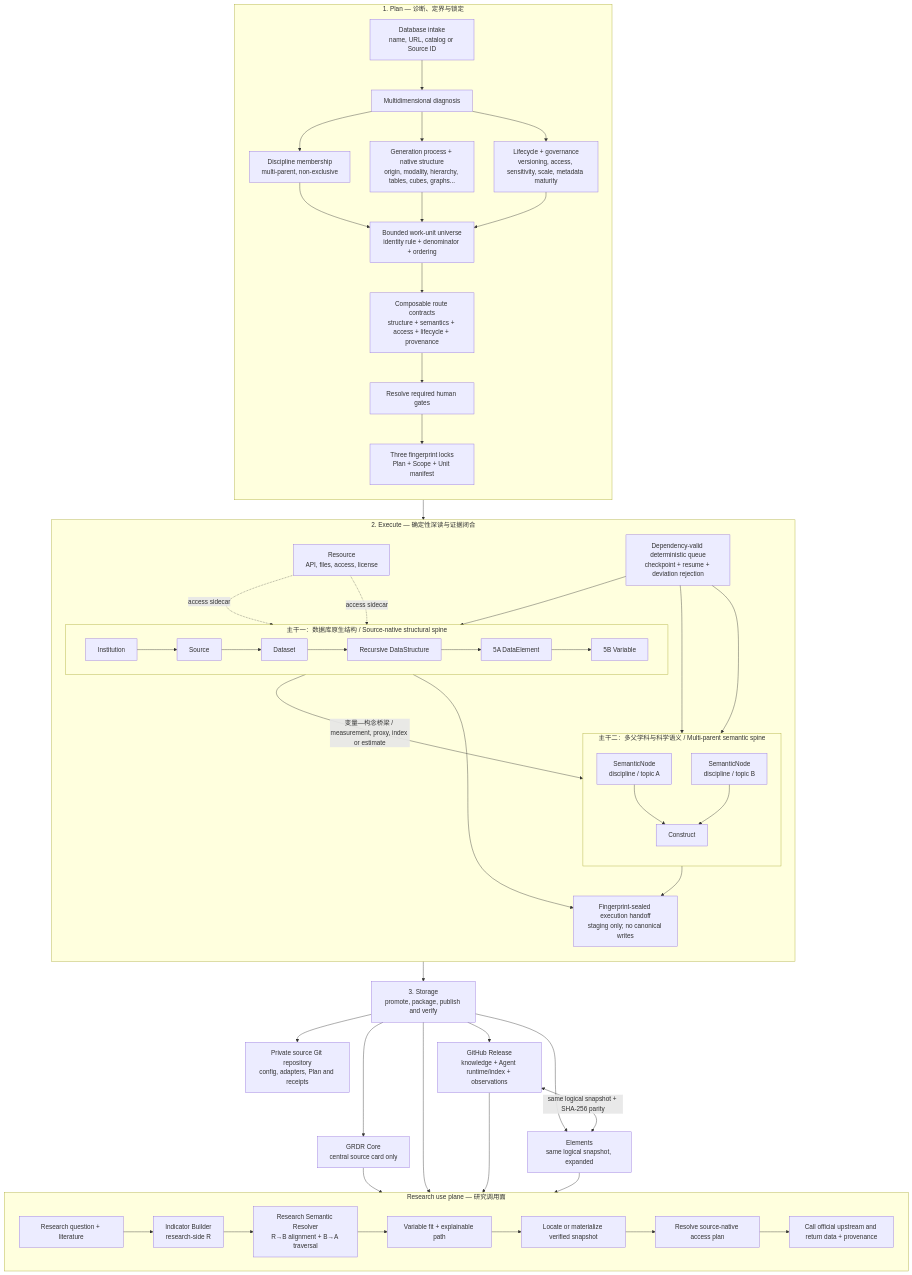
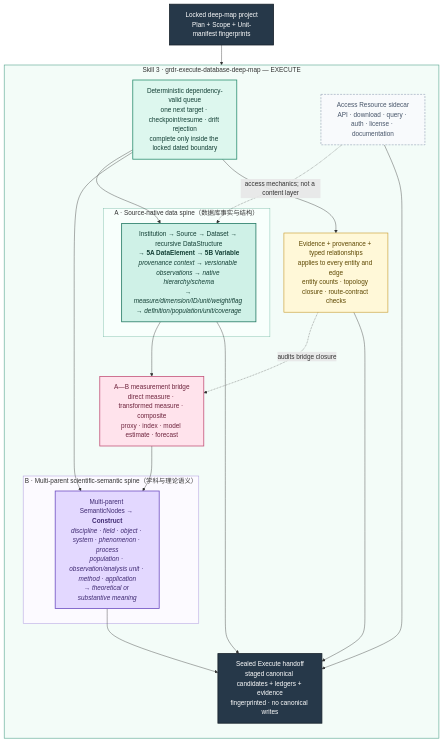
The third of 5 diagrams in README.md (yangyuezh/grdr-core-version-archive), drawn with Mermaid before and after one commit. The commit also changed other lines of this file, not shown here.

Commit message:
docs: complete and clarify GRDR architecture diagrams

````diff
--- a/README.md
+++ b/README.md
@@ -23,60 +117,46 @@
 ```mermaid
 flowchart TB
-    subgraph PLAN["1. Plan — 诊断、定界与锁定"]
-        direction TB
-        INTAKE["Database intake<br/>name, URL, catalog or Source ID"] --> DIAG["Multidimensional diagnosis"]
-        DIAG --> DISC["Discipline membership<br/>multi-parent, non-exclusive"]
-        DIAG --> SHAPE["Generation process + native structure<br/>origin, modality, hierarchy, tables, cubes, graphs..."]
-        DIAG --> GOVERN["Lifecycle + governance<br/>versioning, access, sensitivity, scale, metadata maturity"]
-        DISC --> BOUND["Bounded work-unit universe<br/>identity rule + denominator + ordering"]
-        SHAPE --> BOUND
-        GOVERN --> BOUND
-        BOUND --> ROUTES["Composable route contracts<br/>structure + semantics + access + lifecycle + provenance"]
-        ROUTES --> GATES["Resolve required human gates"]
-        GATES --> LOCKS["Three fingerprint locks<br/>Plan + Scope + Unit manifest"]
-    end
+        LOCKED["Locked deep-map project<br/>Plan + Scope + Unit-manifest fingerprints"]:::handoff
 
-    subgraph EXECUTE["2. Execute — 确定性深读与证据闭合"]
-        direction TB
-        QUEUE["Dependency-valid deterministic queue<br/>checkpoint + resume + deviation rejection"]
+        subgraph EXECUTE["Skill 3 · grdr-execute-database-deep-map — EXECUTE"]
+            direction TB
+            E_QUEUE["Deterministic dependency-valid queue<br/>one next target · checkpoint/resume · drift rejection<br/>complete only inside the locked dated boundary"]:::executeStrong
+            E_EVID["Evidence + provenance + typed relationships<br/>applies to every entity and edge<br/>entity counts · topology closure · route-contract checks"]:::evidence
 
-        subgraph STRUCT["主干一：数据库原生结构 / Source-native structural spine"]
-            direction LR
-            INST["Institution"] --> SRC["Source"] --> DATASET["Dataset"] --> DSTRUCT["Recursive DataStructure"] --> ELEMENT["5A DataElement"] --> VARIABLE["5B Variable"]
+            subgraph A_SPINE["A · Source-native data spine（数据库事实与结构）"]
+                A_CHAIN["Institution → Source → Dataset → recursive DataStructure<br/>→ <b>5A DataElement</b> → <b>5B Variable</b><br/><i>provenance context → versionable observations → native hierarchy/schema<br/>→ measure/dimension/ID/unit/weight/flag → definition/population/unit/coverage</i>"]:::aStrong
+            end
+
+            subgraph B_SPINE["B · Multi-parent scientific-semantic spine（学科与理论语义）"]
+                B_CHAIN["Multi-parent SemanticNodes → <b>Construct</b><br/><i>discipline · field · object · system · phenomenon · process<br/>population · observation/analysis unit · method · application<br/>→ theoretical or substantive meaning</i>"]:::bStrong
+            end
+
+            BRIDGE["A—B measurement bridge<br/>direct measure · transformed measure · composite<br/>proxy · index · model estimate · forecast"]:::bridge
+            RESOURCE["Access Resource sidecar<br/>API · download · query · auth · license · documentation"]:::sidecar
+            E_SEAL["Sealed Execute handoff<br/>staged canonical candidates + ledgers + evidence<br/>fingerprinted · no canonical writes"]:::handoff
+
+            E_QUEUE --> A_CHAIN
+            E_QUEUE --> B_CHAIN
+            E_QUEUE --> E_EVID
+            A_CHAIN --> BRIDGE --> B_CHAIN
+            RESOURCE -. "access mechanics; not a content layer" .-> A_CHAIN
+            E_EVID -. "audits bridge closure" .-> BRIDGE
+            A_CHAIN --> E_SEAL
+            B_CHAIN --> E_SEAL
+            RESOURCE --> E_SEAL
+            E_EVID --> E_SEAL
         end
 
-        subgraph SEMANTIC["主干二：多父学科与科学语义 / Multi-parent semantic spine"]
-            direction TB
-            SEM_A["SemanticNode<br/>discipline / topic A"] --> CONSTRUCT["Construct"]
-            SEM_B["SemanticNode<br/>discipline / topic B"] --> CONSTRUCT
-        end
+        LOCKED --> E_QUEUE
 
-        RESOURCE["Resource<br/>API, files, access, license"] -. "access sidecar" .-> SRC
-        RESOURCE -. "access sidecar" .-> DSTRUCT
-
-        QUEUE --> INST
-        QUEUE --> SEM_A
-        QUEUE --> SEM_B
-        VARIABLE -->|"变量—构念桥梁 / measurement, proxy, index or estimate"| CONSTRUCT
-        VARIABLE --> SEALED["Fingerprint-sealed execution handoff<br/>staging only; no canonical writes"]
-        CONSTRUCT --> SEALED
-    end
-
-    LOCKS --> QUEUE
-    SEALED --> STORE["3. Storage<br/>promote, package, publish and verify"]
-
-    STORE --> CARD["GRDR Core<br/>central source card only"]
-    STORE --> REPO["Private source Git repository<br/>config, adapters, Plan and receipts"]
-    STORE --> RELEASE["GitHub Release<br/>knowledge + Agent runtime/index + observations"]
-    STORE --> ELEMENTS["Elements<br/>same logical snapshot, expanded"]
-    RELEASE <-->|"same logical snapshot + SHA-256 parity"| ELEMENTS
-
-    subgraph RUNTIME["Research use plane — 研究调用面"]
-        direction LR
-        QUESTION["Research question + literature"] --> INDICATOR["Indicator Builder<br/>research-side R"] --> SEMRES["Research Semantic Resolver<br/>R→B alignment + B→A traversal"] --> FIT["Variable fit + explainable path"] --> MOUNT["Locate or materialize verified snapshot"] --> RESOLVE["Resolve source-native access plan"] --> FETCH["Call official upstream and return data + provenance"]
-    end
-    CARD --> SEMRES
-    STORE --> SEMRES
-    RELEASE --> MOUNT
-    ELEMENTS --> MOUNT
+    classDef executeStrong fill:#DDF7EE,stroke:#2F8F72,color:#123E34,stroke-width:2px;
+    classDef evidence fill:#FFF8D8,stroke:#C79A2A,color:#5D4700,stroke-width:1.5px;
+    classDef aStrong fill:#CFF1E7,stroke:#247A64,color:#123E34,stroke-width:2px;
+    classDef bStrong fill:#E3D8FF,stroke:#6F4FC2,color:#3F2A72,stroke-width:2px;
+    classDef bridge fill:#FFE3EC,stroke:#C4557B,color:#6E243D,stroke-width:2px;
+    classDef sidecar fill:#F8FAFC,stroke:#94A3B8,color:#475569,stroke-width:1.5px,stroke-dasharray:5 3;
+    classDef handoff fill:#263849,stroke:#17212B,color:#FFFFFF,stroke-width:2px;
+    style EXECUTE fill:#F3FCF8,stroke:#57A58F,stroke-width:1.5px
+    style A_SPINE fill:#F8FFFC,stroke:#71B7A4,stroke-width:1px
+    style B_SPINE fill:#FCFAFF,stroke:#9C85D6,stroke-width:1px
 ```
````
